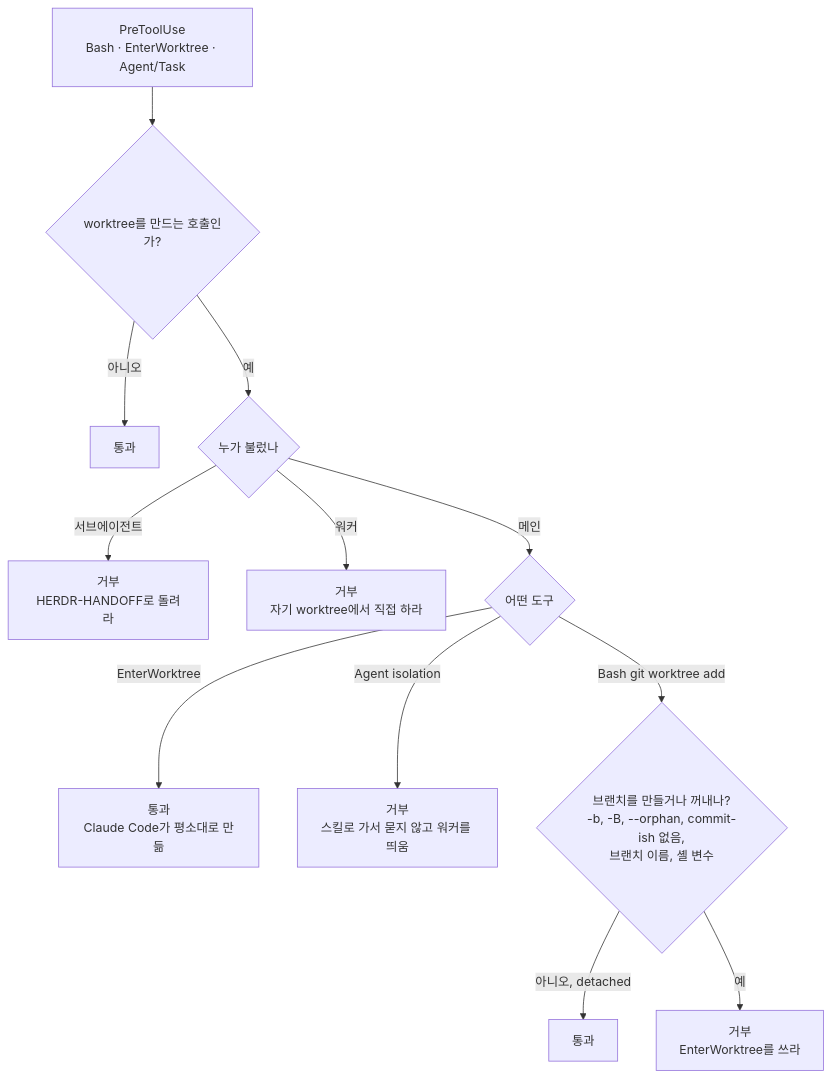
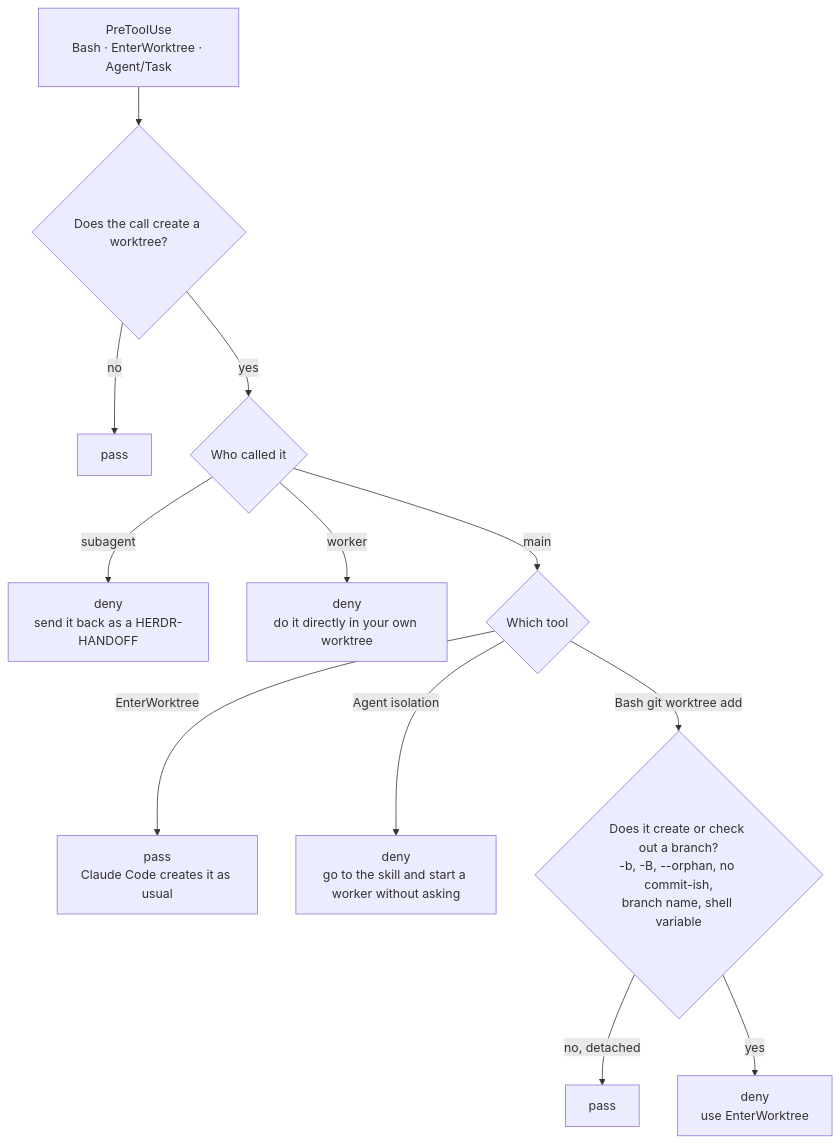
Before and after one commit to nyjin/herdr-skills: the first of 3 diagrams in docs/superpowers/specs/2026-10-13-register-claude-worktrees-design.md, drawn with Mermaid. The commit also changed other lines of this file and 10 other files, not shown here.

````diff
--- a/docs/superpowers/specs/2026-10-13-register-claude-worktrees-design.md
+++ b/docs/superpowers/specs/2026-10-13-register-claude-worktrees-design.md
@@ -55,14 +55,14 @@
 ```mermaid
 flowchart TD
-    A["PreToolUse<br/>Bash · EnterWorktree · Agent/Task"] --> K{"worktree를 만드는 호출인가?"}
-    K -->|아니오| P["통과"]
-    K -->|예| WHO{"누가 불렀나"}
-    WHO -->|서브에이전트| D2["거부<br/>HERDR-HANDOFF로 돌려라"]
-    WHO -->|워커| D3["거부<br/>자기 worktree에서 직접 하라"]
-    WHO -->|메인| T{"어떤 도구"}
-    T -->|EnterWorktree| P1["통과<br/>Claude Code가 평소대로 만듦"]
-    T -->|Agent isolation| D4["거부<br/>스킬로 가서 묻지 않고 워커를 띄움"]
-    T -->|Bash git worktree add| R{"브랜치를 만들거나 꺼내나?<br/>-b, -B, --orphan, commit-ish 없음,<br/>브랜치 이름, 셸 변수"}
-    R -->|아니오, detached| P3["통과"]
-    R -->|예| D5["거부<br/>EnterWorktree를 쓰라"]
+    A["PreToolUse<br/>Bash · EnterWorktree · Agent/Task"] --> K{"Does the call create a worktree?"}
+    K -->|no| P["pass"]
+    K -->|yes| WHO{"Who called it"}
+    WHO -->|subagent| D2["deny<br/>send it back as a HERDR-HANDOFF"]
+    WHO -->|worker| D3["deny<br/>do it directly in your own worktree"]
+    WHO -->|main| T{"Which tool"}
+    T -->|EnterWorktree| P1["pass<br/>Claude Code creates it as usual"]
+    T -->|Agent isolation| D4["deny<br/>go to the skill and start a worker without asking"]
+    T -->|Bash git worktree add| R{"Does it create or check out a branch?<br/>-b, -B, --orphan, no commit-ish,<br/>branch name, shell variable"}
+    R -->|no, detached| P3["pass"]
+    R -->|yes| D5["deny<br/>use EnterWorktree"]
 ```
````
